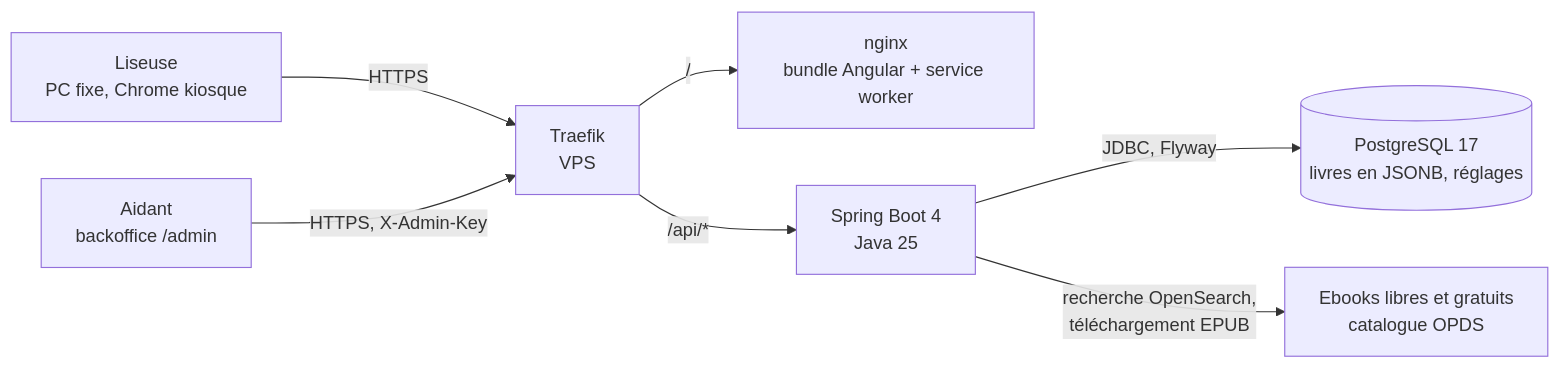
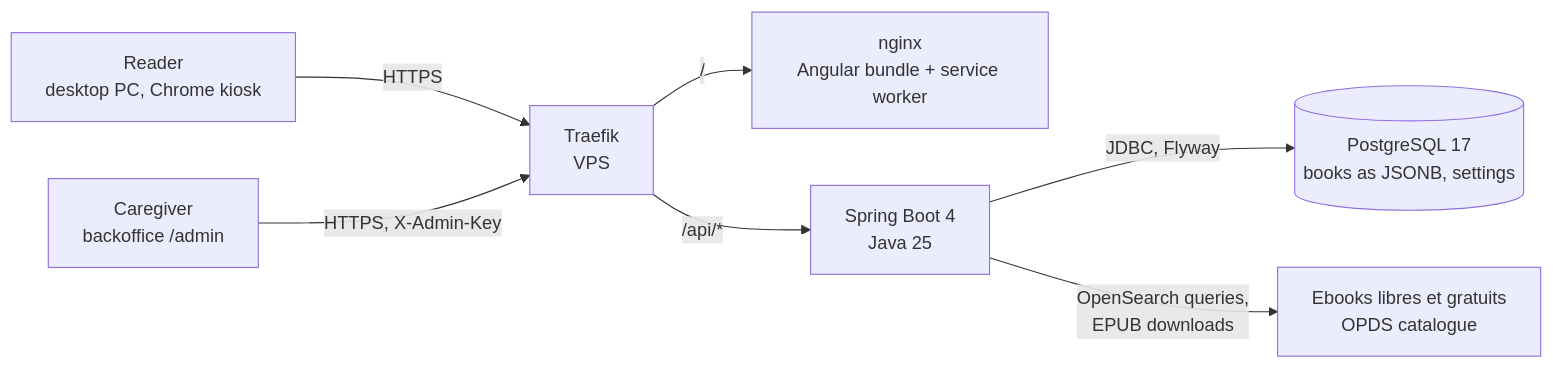
One commit to ThomasHtn/book-reader changed the diagram in README.md. Above: the diagram before and after it, drawn with Mermaid. The commit also changed other lines of this file and 219 other files, not shown here.

````diff
--- a/README.md
+++ b/README.md
@@ -53,9 +58,9 @@
 ```mermaid
 flowchart LR
-  reader["Liseuse<br/>PC fixe, Chrome kiosque"] -- "HTTPS" --> traefik
-  caregiver["Aidant<br/>backoffice /admin"] -- "HTTPS, X-Admin-Key" --> traefik
-  traefik["Traefik<br/>VPS"] -- "/" --> nginx["nginx<br/>bundle Angular + service worker"]
+  reader["Reader<br/>desktop PC, Chrome kiosk"] -- "HTTPS" --> traefik
+  caregiver["Caregiver<br/>backoffice /admin"] -- "HTTPS, X-Admin-Key" --> traefik
+  traefik["Traefik<br/>VPS"] -- "/" --> nginx["nginx<br/>Angular bundle + service worker"]
   traefik -- "/api/*" --> spring["Spring Boot 4<br/>Java 25"]
-  spring -- "JDBC, Flyway" --> pg[("PostgreSQL 17<br/>livres en JSONB, réglages")]
-  spring -- "recherche OpenSearch,<br/>téléchargement EPUB" --> opds["Ebooks libres et gratuits<br/>catalogue OPDS"]
+  spring -- "JDBC, Flyway" --> pg[("PostgreSQL 17<br/>books as JSONB, settings")]
+  spring -- "OpenSearch queries,<br/>EPUB downloads" --> opds["Ebooks libres et gratuits<br/>OPDS catalogue"]
 ```
````
